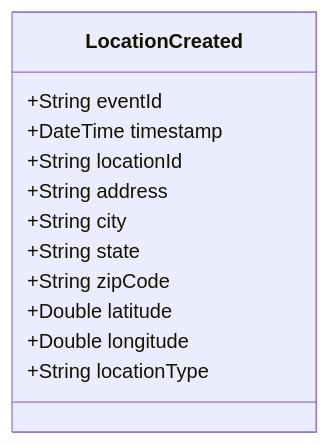
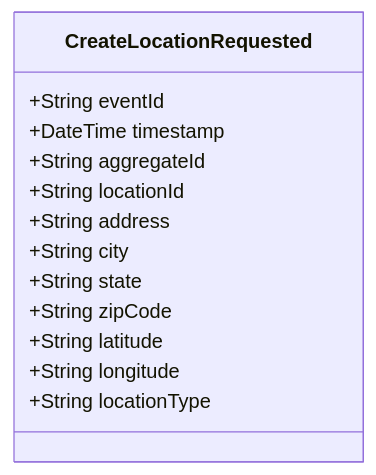
Before and after one commit to pgraff/police-system: the diagram in doc/events/LocationCreated.md, drawn with Mermaid. The commit also changed other lines of this file and 58 other files, not shown here.

````diff
--- a/doc/events/LocationCreated.md
+++ b/doc/events/LocationCreated.md
@@ -9,15 +9,16 @@
 ```mermaid
 classDiagram
-    class LocationCreated {
+    class CreateLocationRequested {
         +String eventId
         +DateTime timestamp
+        +String aggregateId
         +String locationId
         +String address
         +String city
         +String state
         +String zipCode
-        +Double latitude
-        +Double longitude
+        +String latitude
+        +String longitude
         +String locationType
     }
 ```
````
